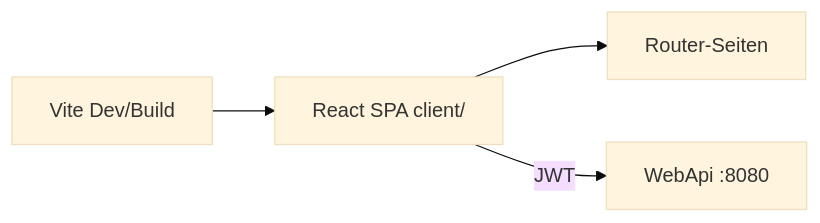
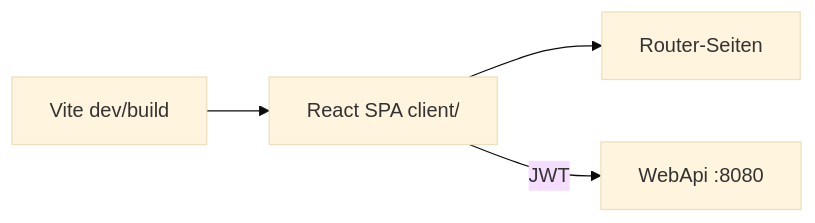
Before and after one commit to fdeniz07/BankApp: the first of 2 diagrams in docs/learning/de/11-react-vite.md, drawn with Mermaid (base theme). The commit also changed other lines of this file and 105 other files, not shown here.

First line of the commit message:
doc: Enrich learning chapters with labs, pitfalls, and safe Mermaid

````diff
--- a/docs/learning/de/11-react-vite.md
+++ b/docs/learning/de/11-react-vite.md
@@ -11,6 +13,6 @@
 ```mermaid
 flowchart LR
-  V[Vite Dev/Build] --> R[React SPA client/]
+  V[Vite dev/build] --> R[React SPA client/]
   R --> RT[Router-Seiten]
   R -->|JWT| BE[WebApi :8080]
 ```
````
